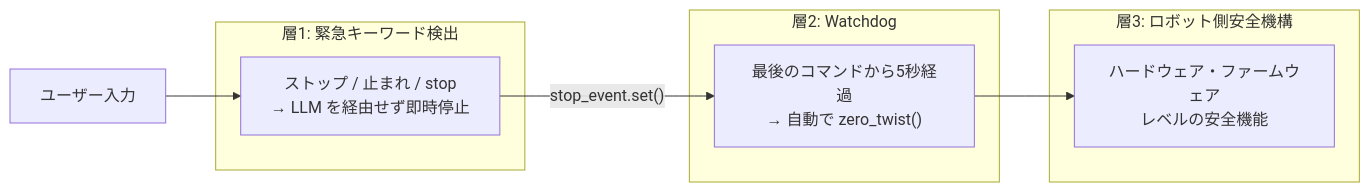
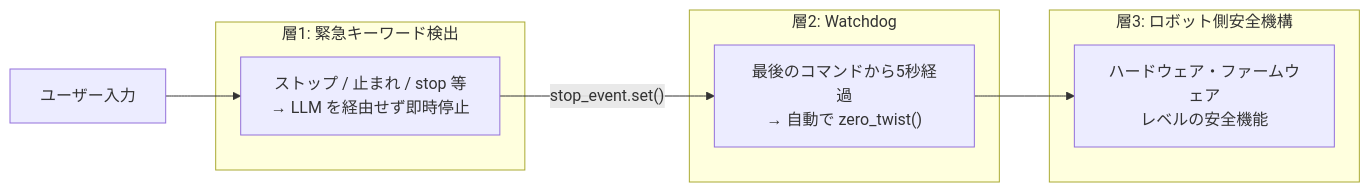
One commit to sato-susumu/susumu_agent changed the second of 10 diagrams in docs/Design.md. Above: the diagram before and after it, drawn with Mermaid. The commit also changed other lines of this file and 18 other files, not shown here.

````diff
--- a/docs/Design.md
+++ b/docs/Design.md
@@ -72,20 +209,20 @@
 ```mermaid
-graph LR
+flowchart LR
     Input["ユーザー入力"]
 
     subgraph "層1: 緊急キーワード検出"
-        EK["ストップ / 止まれ / stop\n→ LLM を経由せず即時停止"]
+        EK["ストップ / 止まれ / stop 等\n→ LLM を経由せず即時停止"]
     end
 
     subgraph "層2: Watchdog"
         WD["最後のコマンドから5秒経過\n→ 自動で zero_twist()"]
     end
 
     subgraph "層3: ロボット側安全機構"
         HW["ハードウェア・ファームウェア\nレベルの安全機能"]
     end
 
     Input --> EK
     EK -->|"stop_event.set()"| WD
     WD --> HW
 ```
````
